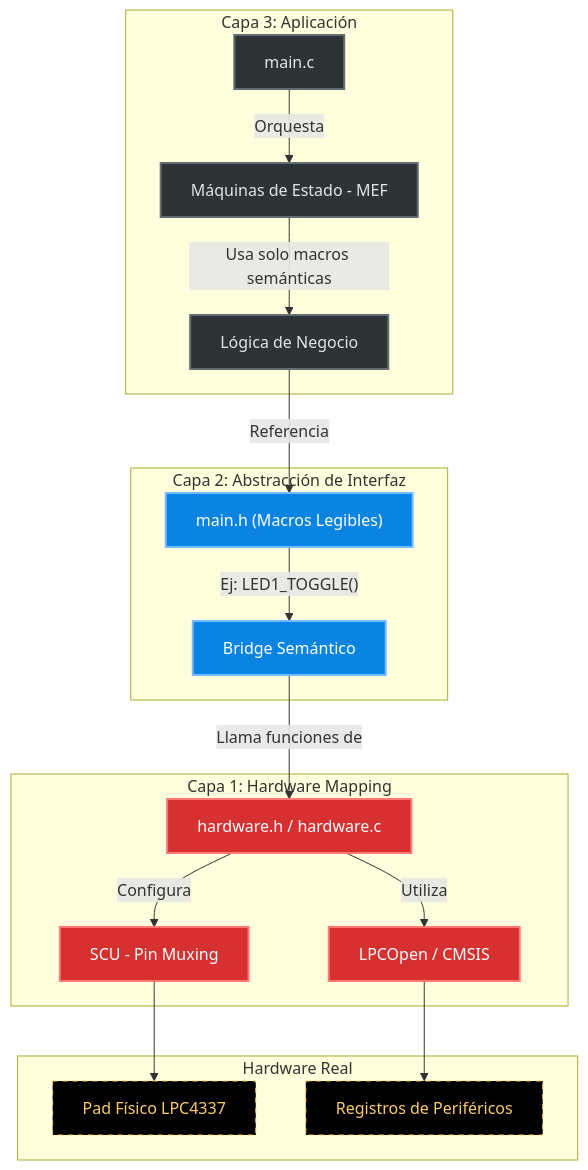
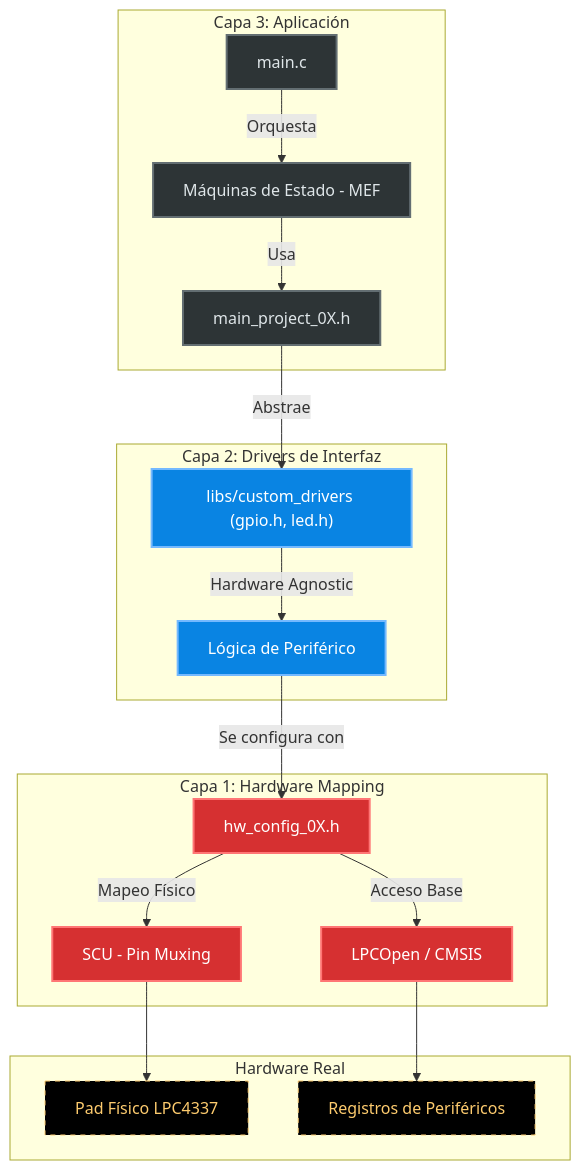
Before and after one commit to CarlitozMF/Edu-CIAA-LPC4337-LPCOpen-Lab: the diagram in README.md, drawn with Mermaid. The commit also changed other lines of this file and 23 other files, not shown here.

````diff
--- a/README.md
+++ b/README.md
@@ -28,35 +28,35 @@
 ```mermaid
 graph TD
     %% Definición de Nodos de Capas
     subgraph Capa_3 [Capa 3: Aplicación]
         A[main.c] -->|Orquesta| B[Máquinas de Estado - MEF]
-        B -->|Usa solo macros semánticas| C[Lógica de Negocio]
+        B -->|Usa| C[main_project_0X.h]
     end
 
-    subgraph Capa_2 [Capa 2: Abstracción de Interfaz]
-        C -->|Referencia| D["main.h (Macros Legibles)"]
-        D -->|"Ej: LED1_TOGGLE()"| E[Bridge Semántico]
+    subgraph Capa_2 [Capa 2: Drivers de Interfaz]
+        C -->|Abstrae| D["libs/custom_drivers (gpio.h, led.h)"]
+        D -->|Hardware Agnostic| E[Lógica de Periférico]
     end
 
     subgraph Capa_1 [Capa 1: Hardware Mapping]
-        E -->|Llama funciones de| F[hardware.h / hardware.c]
-        F -->|Configura| G[SCU - Pin Muxing]
-        F -->|Utiliza| H[LPCOpen / CMSIS]
+        E -->|Se configura con| F[hw_config_0X.h]
+        F -->|Mapeo Físico| G[SCU - Pin Muxing]
+        F -->|Acceso Base| H[LPCOpen / CMSIS]
     end
 
     subgraph Silicio [Hardware Real]
         G --> I[Pad Físico LPC4337]
         H --> J[Registros de Periféricos]
     end
 
-    %% Estilos Profesionales (Esquema Industrial)
+    %% Estilos Profesionales
     classDef capa3 fill:#2d3436,stroke:#636e72,color:#dfe6e9,stroke-width:2px;
     classDef capa2 fill:#0984e3,stroke:#74b9ff,color:#fff,stroke-width:2px;
     classDef capa1 fill:#d63031,stroke:#ff7675,color:#fff,stroke-width:2px;
     classDef hardware fill:#000,stroke:#fdcb6e,color:#fdcb6e,stroke-dasharray: 5 5;
 
     class A,B,C capa3;
     class D,E capa2;
     class F,G,H capa1;
     class I,J hardware;
 ```
````
